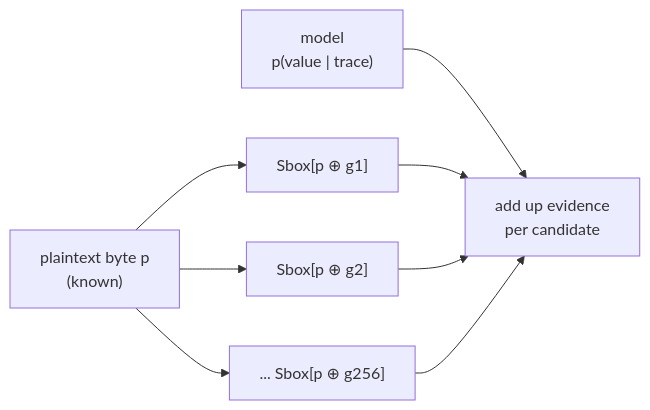
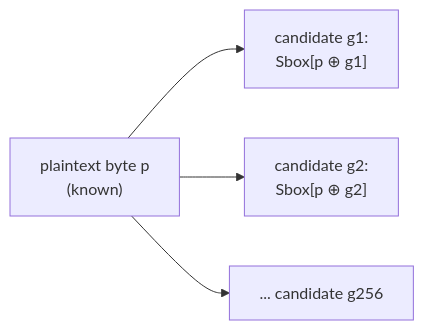
Before and after one commit to teravon/feature_emergence: the diagram in docs/04_the_attack.md, drawn with Mermaid. The commit also changed other lines of this file, not shown here.

````diff
--- a/docs/04_the_attack.md
+++ b/docs/04_the_attack.md
@@ -41,10 +43,6 @@
 ```mermaid
 flowchart LR
-    P["plaintext byte p<br/>(known)"] --> X1["Sbox[p ⊕ g1]"]
-    P --> X2["Sbox[p ⊕ g2]"]
-    P --> XN["... Sbox[p ⊕ g256]"]
-    M["model<br/>p(value | trace)"] --> R["add up evidence<br/>per candidate"]
-    X1 --> R
-    X2 --> R
-    XN --> R
+    P["plaintext byte p<br/>(known)"] --> G1["candidate g1:<br/>Sbox[p ⊕ g1]"]
+    P --> G2["candidate g2:<br/>Sbox[p ⊕ g2]"]
+    P --> GN["... candidate g256"]
 ```
````
